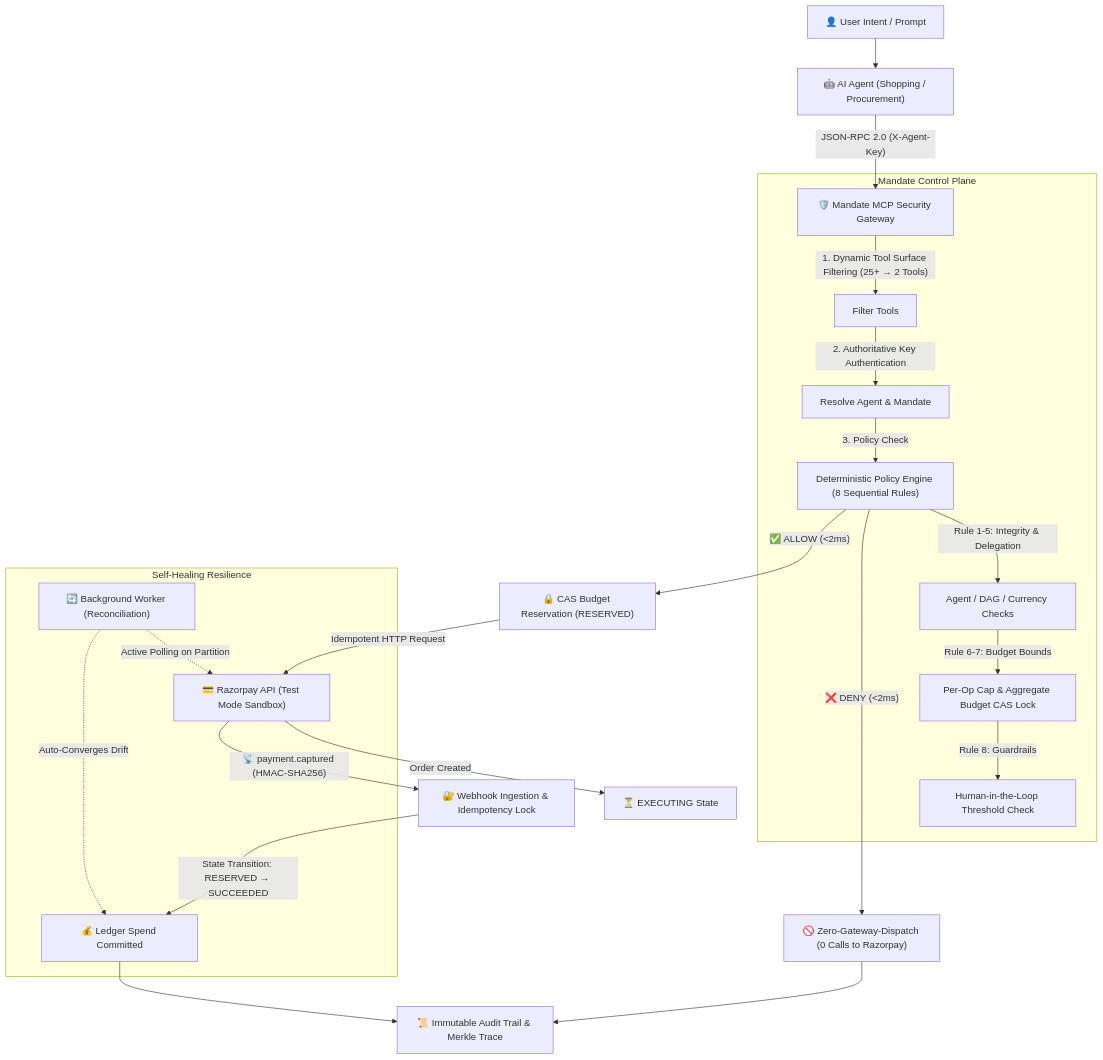
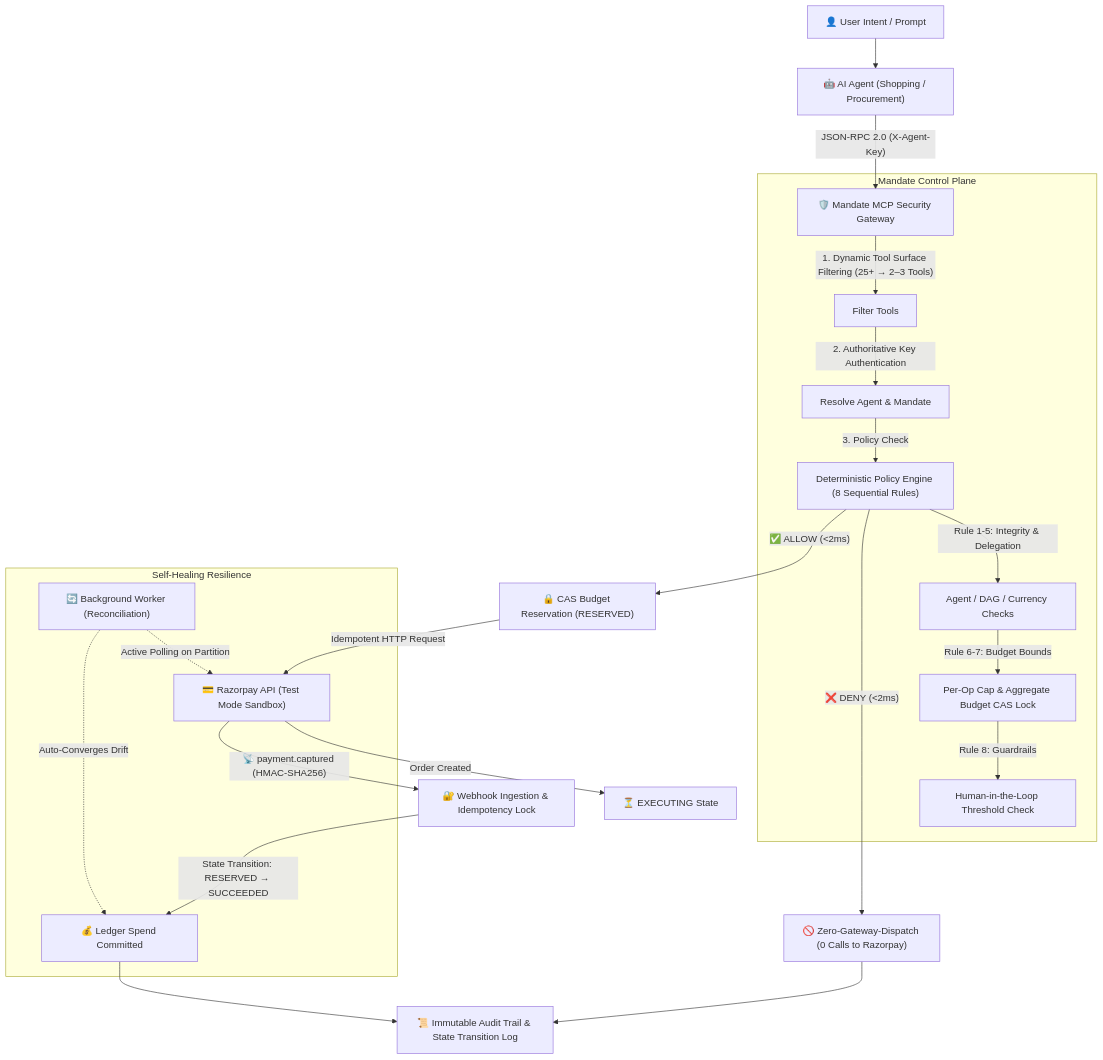
One commit to MJenius/Mandate-Razorpay-Control-Plane changed the diagram in README.md. Above: the diagram before and after it, drawn with Mermaid. The commit also changed other lines of this file and 18 other files, not shown here.

````diff
--- a/README.md
+++ b/README.md
@@ -33,32 +33,32 @@
 ```mermaid
 graph TD
     User["👤 User Intent / Prompt"] --> Agent["🤖 AI Agent (Shopping / Procurement)"]
     Agent -->|"JSON-RPC 2.0 (X-Agent-Key)"| MCP["🛡️ Mandate MCP Security Gateway"]
     
     subgraph Mandate Control Plane
-        MCP -->|"1. Dynamic Tool Surface Filtering (25+ → 2 Tools)"| Filter["Filter Tools"]
+        MCP -->|"1. Dynamic Tool Surface Filtering (25+ → 2–3 Tools)"| Filter["Filter Tools"]
         Filter -->|"2. Authoritative Key Authentication"| Identity["Resolve Agent & Mandate"]
         Identity -->|"3. Policy Check"| Engine["Deterministic Policy Engine (8 Sequential Rules)"]
         
         Engine -->|Rule 1-5: Integrity & Delegation| R1["Agent / DAG / Currency Checks"]
         R1 -->|Rule 6-7: Budget Bounds| R2["Per-Op Cap & Aggregate Budget CAS Lock"]
         R2 -->|Rule 8: Guardrails| R3["Human-in-the-Loop Threshold Check"]
     end
     
     Engine -->|"❌ DENY (<2ms)"| ZeroEffect["🚫 Zero-Gateway-Dispatch (0 Calls to Razorpay)"]
     Engine -->|"✅ ALLOW (<2ms)"| CAS["🔒 CAS Budget Reservation (RESERVED)"]
     
     CAS -->|"Idempotent HTTP Request"| RZP["💳 Razorpay API (Test Mode Sandbox)"]
     RZP -->|"Order Created"| Awaiting["⏳ EXECUTING State"]
     
     RZP -->|"📡 payment.captured (HMAC-SHA256)"| Webhook["🔐 Webhook Ingestion & Idempotency Lock"]
     Webhook -->|"State Transition: RESERVED → SUCCEEDED"| Commit["💰 Ledger Spend Committed"]
     
-    Commit --> Audit["📜 Immutable Audit Trail & Merkle Trace"]
+    Commit --> Audit["📜 Immutable Audit Trail & State Transition Log"]
     ZeroEffect --> Audit
     
     subgraph Self-Healing Resilience
         Recon["🔄 Background Worker (Reconciliation)"] -.->|"Active Polling on Partition"| RZP
         Recon -.->|"Auto-Converges Drift"| Commit
     end
 ```
````
